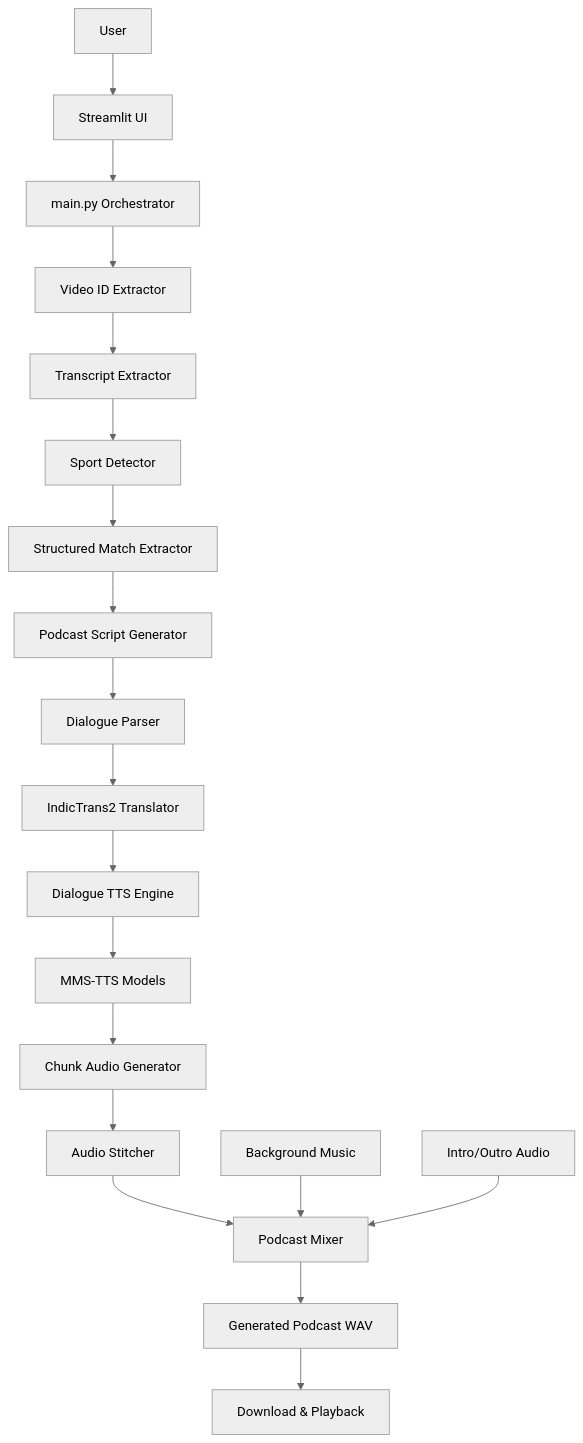
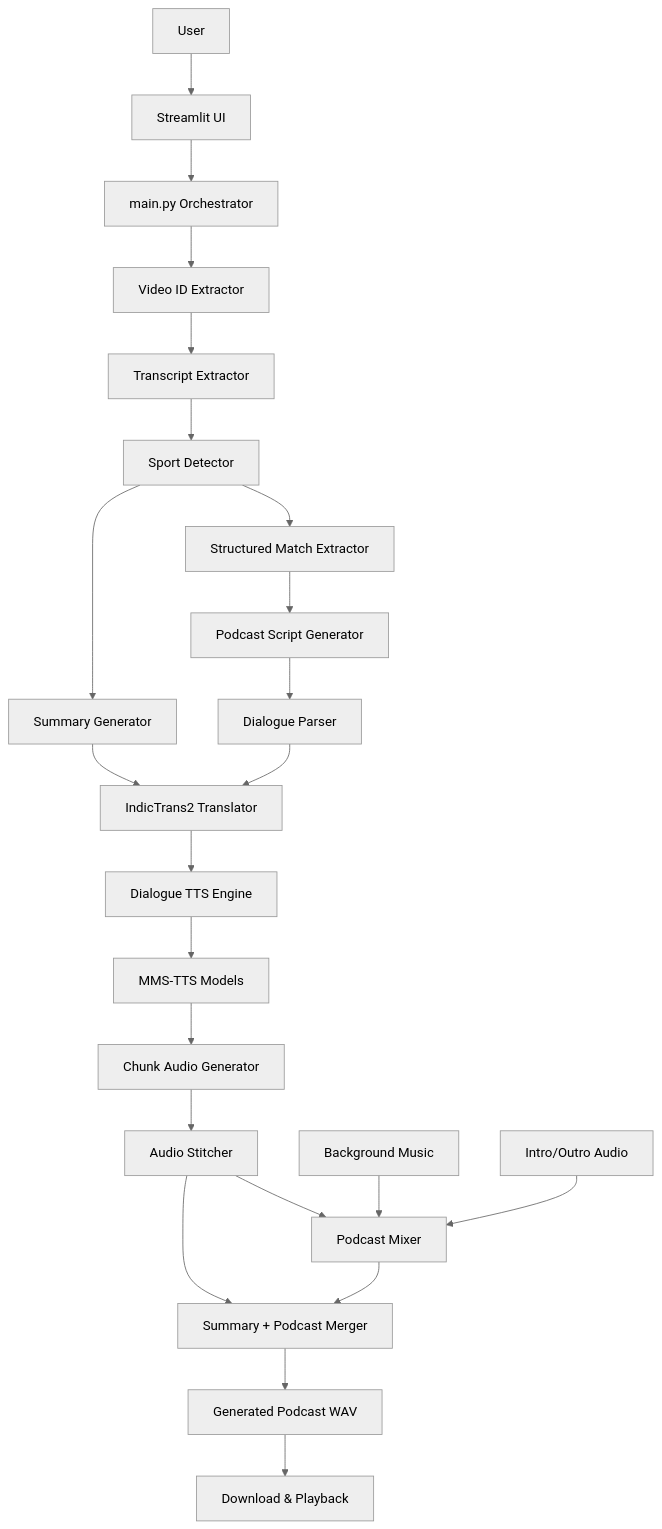
One commit to sahaniom/Podcast-Generator changed the third of 5 diagrams in docs/5_dfd.md. Above: the diagram before and after it, drawn with Mermaid (neutral theme). The commit also changed other lines of this file and 4 other files, not shown here.

````diff
--- a/docs/5_dfd.md
+++ b/docs/5_dfd.md
@@ -79,71 +84,78 @@
 ```mermaid
 flowchart TD
 
     %% USER INPUT
     U[User]
     UI[Streamlit UI]
 
     %% MAIN ORCHESTRATOR
     M[main.py Orchestrator]
 
     %% TRANSCRIPT LAYER
     T1[Transcript Extractor]
     T2[Video ID Extractor]
 
     %% LLM LAYER
     S1[Sport Detector]
+    S3[Summary Generator]
     S2[Structured Match Extractor]
 
     %% GENERATION
     G1[Podcast Script Generator]
 
     %% TRANSLATION
     TR1[Dialogue Parser]
     TR2[IndicTrans2 Translator]
 
     %% TTS
     TT1[Dialogue TTS Engine]
     TT2[MMS-TTS Models]
     TT3[Chunk Audio Generator]
     TT4[Audio Stitcher]
 
     %% AUDIO PROCESSING
     A1[Podcast Mixer]
     A2[Background Music]
     A3[Intro/Outro Audio]
+    A4[Summary + Podcast Merger]
 
     %% OUTPUT
     O1[Generated Podcast WAV]
     O2[Download & Playback]
 
     %% FLOW
     U --> UI
 
     UI --> M
 
     M --> T2
     T2 --> T1
 
     T1 --> S1
+    S1 --> S3
     S1 --> S2
 
+    S3 --> TR2
     S2 --> G1
 
     G1 --> TR1
     TR1 --> TR2
 
     TR2 --> TT1
 
     TT1 --> TT2
     TT2 --> TT3
     TT3 --> TT4
 
     TT4 --> A1
+    TT4 --> A4
 
     A2 --> A1
     A3 --> A1
 
-    A1 --> O1
+    A1 --> A4
+
+    A4 --> O1
 
     O1 --> O2
 ```
````
